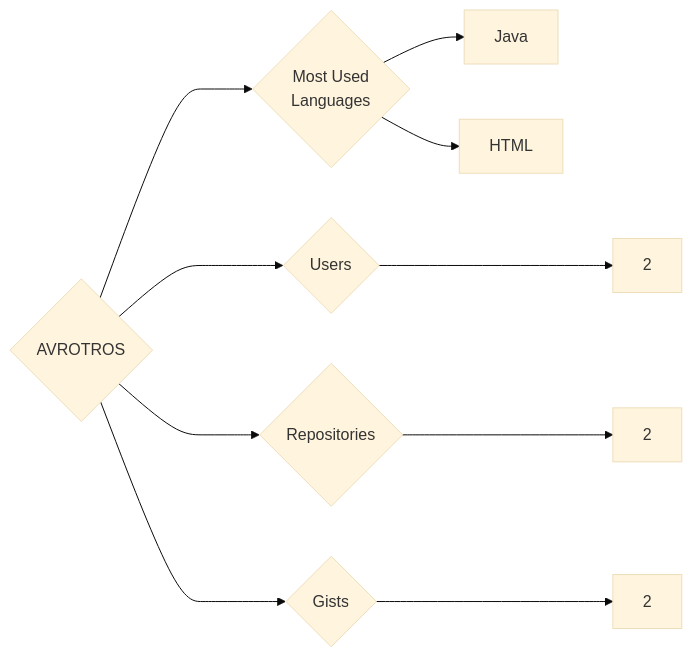
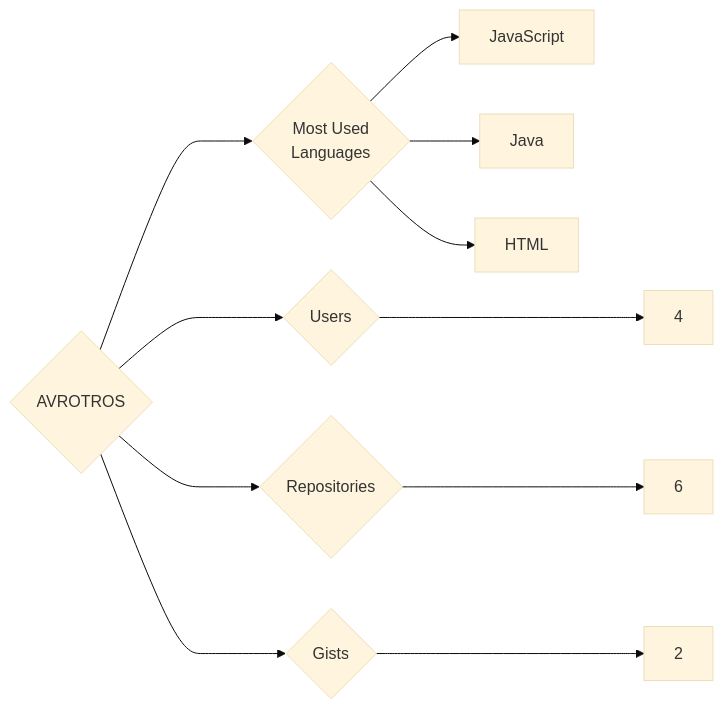
The diagram in targets/AVROTROS/README.md (trickest/insiders), drawn with Mermaid (base theme) before and after one commit. The commit also changed 894 other files, not shown here.

````diff
--- a/targets/AVROTROS/README.md
+++ b/targets/AVROTROS/README.md
@@ -3,10 +3,11 @@
 ```mermaid
 graph LR
 COMPANY_NAME{AVROTROS}
-COMPANY_NAME ---> U{Users} ---> UN[2]
-COMPANY_NAME ---> R{Repositories} ---> RN[2]
+COMPANY_NAME ---> U{Users} ---> UN[4]
+COMPANY_NAME ---> R{Repositories} ---> RN[6]
 COMPANY_NAME ---> G{Gists} ---> GN[2]
 COMPANY_NAME ---> ML{Most Used<br>Languages}
+ML --> JavaScript[JavaScript]
 ML --> Java[Java]
 ML --> HTML[HTML]
 ```
````
